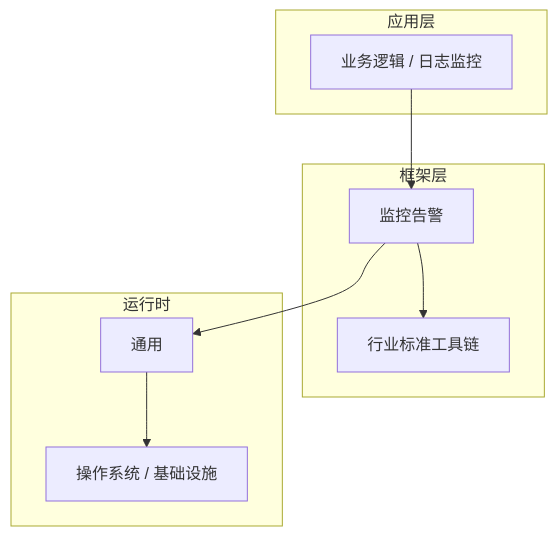
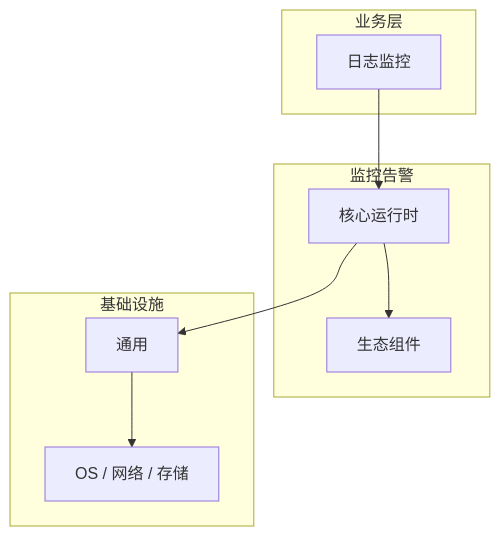
One commit to yanggan2015/knowledge-json-v2 changed the diagram in articles/监控告警/chapters/013-日志监控核心概念与原理.md. Above: the diagram before and after it, drawn with Mermaid. The commit also changed other lines of this file and 10127 other files, not shown here.

````diff
--- a/articles/监控告警/chapters/013-日志监控核心概念与原理.md
+++ b/articles/监控告警/chapters/013-日志监控核心概念与原理.md
@@ -45,18 +34,18 @@
 ```mermaid
 graph TB
-    subgraph 应用层
-        A[业务逻辑 / 日志监控]
+    subgraph 业务层
+        A[日志监控]
     end
-    subgraph 框架层
-        B[监控告警]
-        C[行业标准工具链]
+    subgraph 监控告警
+        B[核心运行时]
+        C[生态组件]
     end
-    subgraph 运行时
+    subgraph 基础设施
         D[通用]
-        E[操作系统 / 基础设施]
+        E[OS / 网络 / 存储]
     end
     A --> B
     B --> C
     B --> D
     D --> E
 ```
````
